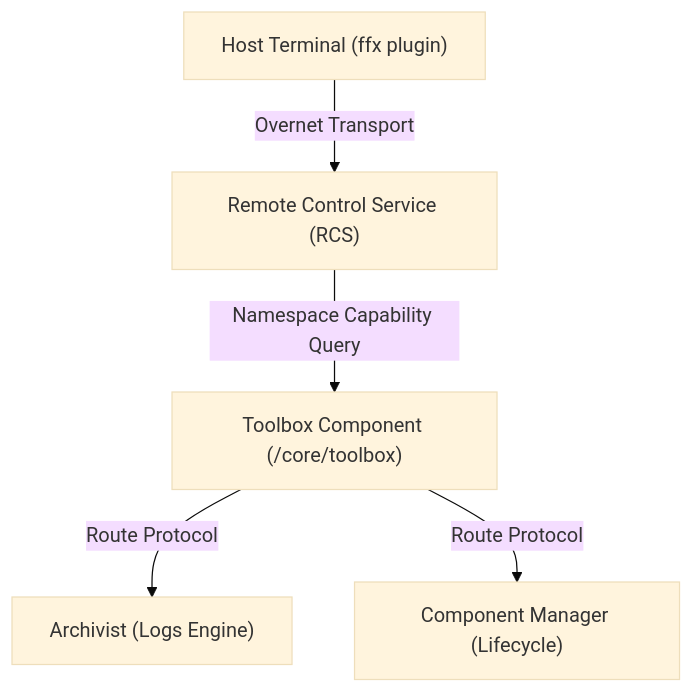
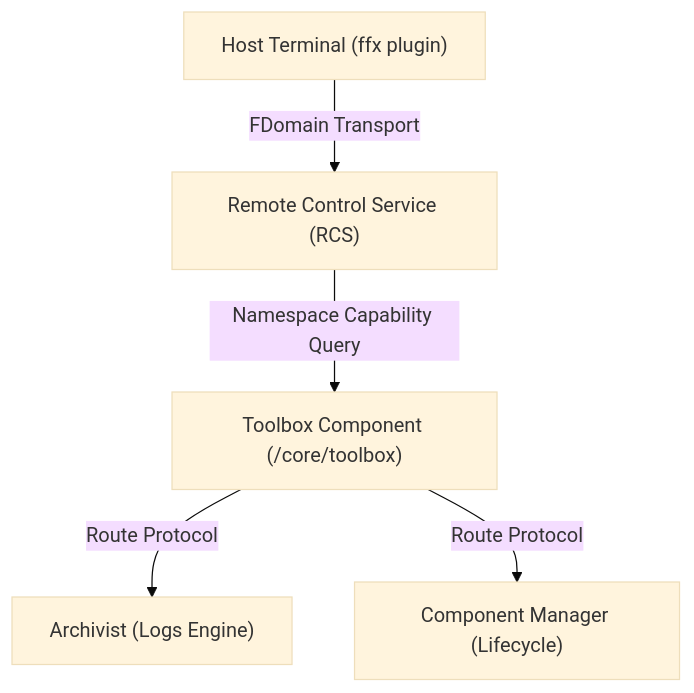
One commit to lachlanmackenzie1234/fuchsia changed the diagram in src/developer/ffx/docs/toolbox.md. Above: the diagram before and after it, drawn with Mermaid (base theme).

Commit message:
[ffx][docs] Replace mention of Overnet with FDomain
Fuchsia-Auto-Submit: Casey Dahlin <sadmac@google.com>
Commit-Queue: Casey Dahlin <sadmac@google.com>

````diff
--- a/src/developer/ffx/docs/toolbox.md
+++ b/src/developer/ffx/docs/toolbox.md
@@ -15,7 +15,7 @@
 ```mermaid
 graph TD
-    Host["Host Terminal (ffx plugin)"] -- Overnet Transport --> RCS["Remote Control Service (RCS)"]
+    Host["Host Terminal (ffx plugin)"] -- FDomain Transport --> RCS["Remote Control Service (RCS)"]
     RCS -- Namespace Capability Query --> Toolbox["Toolbox Component (/core/toolbox)"]
     Toolbox -- Route Protocol --> Archivist["Archivist (Logs Engine)"]
     Toolbox -- Route Protocol --> Lifecycle["Component Manager (Lifecycle)"]
 ```
````
